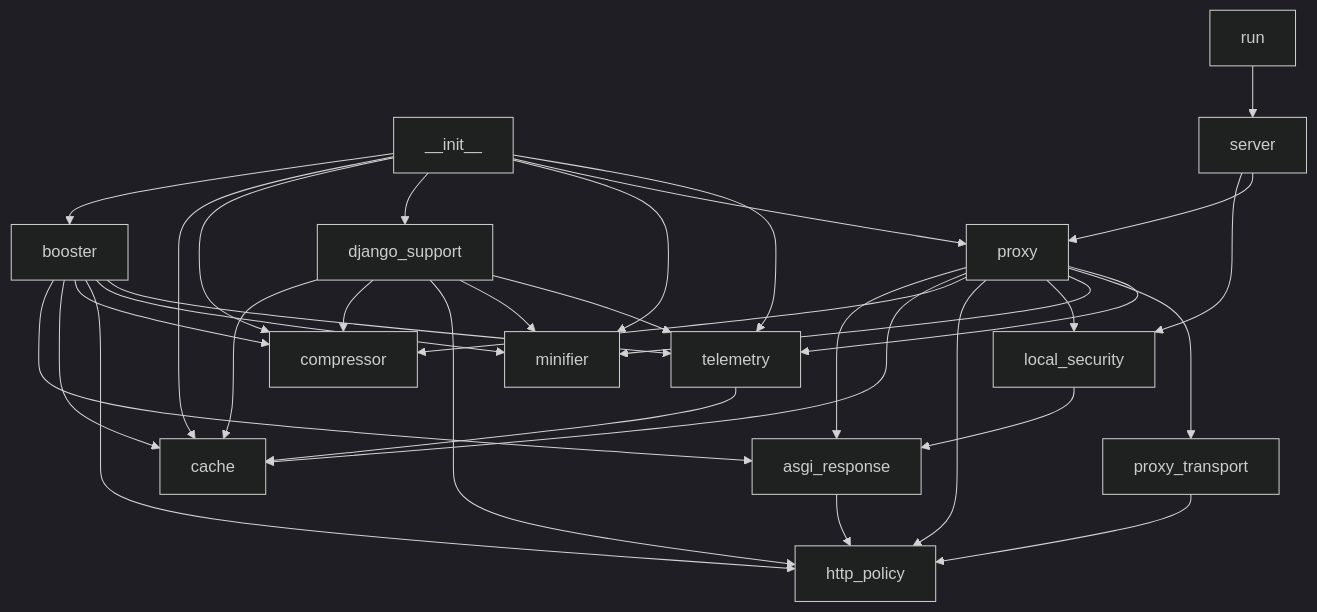
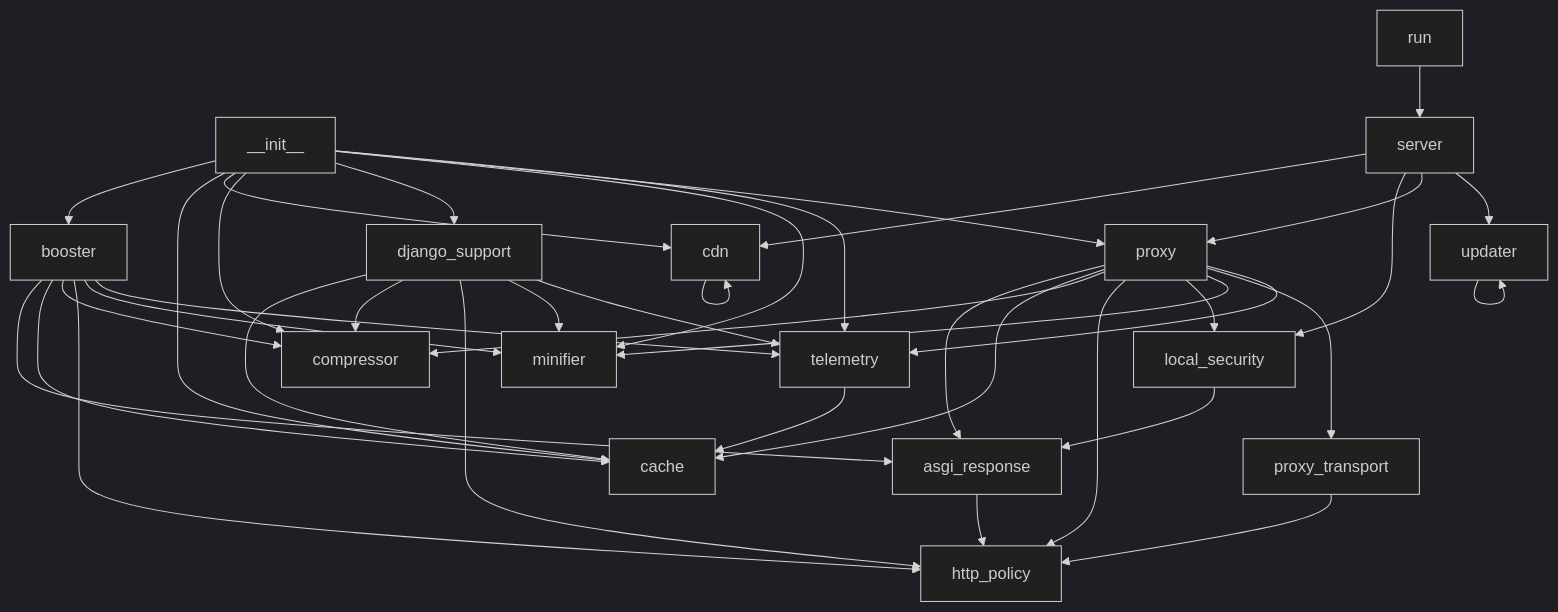
One commit to Gaazi/booster changed the diagram in CODEMAP.md. Above: the diagram before and after it, drawn with Mermaid (dark theme). The commit also changed other lines of this file and 14 other files, not shown here.

````diff
--- a/CODEMAP.md
+++ b/CODEMAP.md
@@ -287,36 +316,41 @@
 ```mermaid
 graph TD
   __init__ --> booster
   __init__ --> cache
+  __init__ --> cdn
   __init__ --> compressor
   __init__ --> django_support
   __init__ --> minifier
   __init__ --> proxy
   __init__ --> telemetry
   asgi_response --> http_policy
   booster --> asgi_response
   booster --> cache
   booster --> compressor
   booster --> http_policy
   booster --> minifier
   booster --> telemetry
+  cdn --> cdn
   django_support --> cache
   django_support --> compressor
   django_support --> http_policy
   django_support --> minifier
   django_support --> telemetry
   local_security --> asgi_response
   proxy --> asgi_response
   proxy --> cache
   proxy --> compressor
   proxy --> http_policy
   proxy --> local_security
   proxy --> minifier
   proxy --> proxy_transport
   proxy --> telemetry
   proxy_transport --> http_policy
   run --> server
+  server --> cdn
   server --> local_security
   server --> proxy
+  server --> updater
   telemetry --> cache
+  updater --> updater
 ```
````
